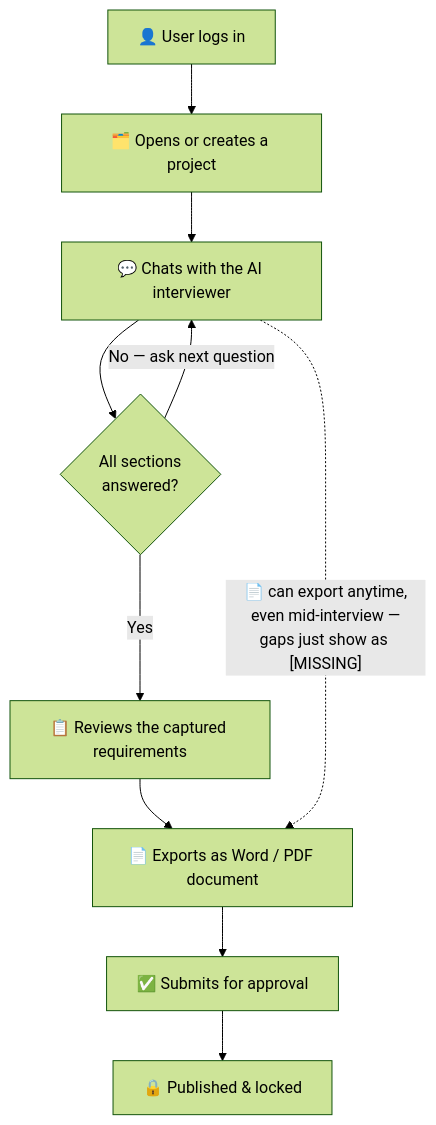
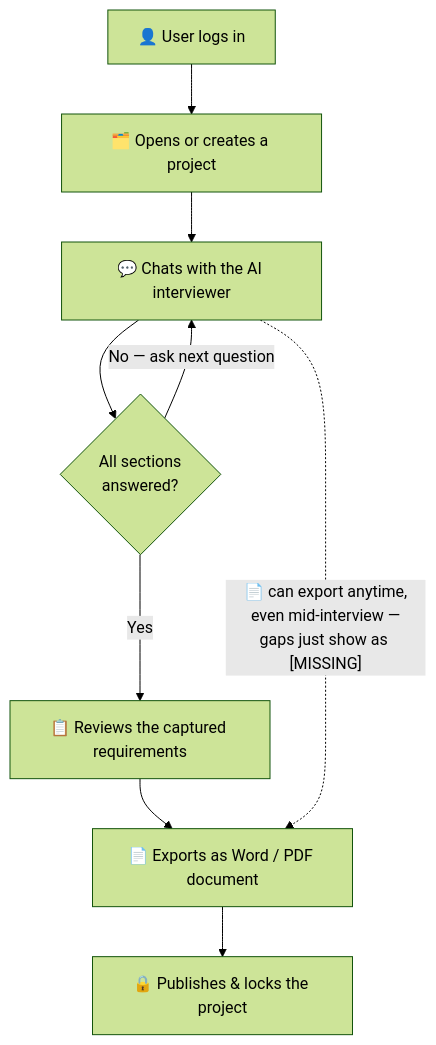
The diagram in README.md (DishaGaglani/BA-Bot), drawn with Mermaid (forest theme) before and after one commit. The commit also changed other lines of this file, not shown here.

Commit message:
Sync README with the simplified role model and removed team/approval workflows

````diff
--- a/README.md
+++ b/README.md
@@ -63,12 +63,11 @@
 ```mermaid
 flowchart TD
     A["👤 User logs in"] --> B["🗂️ Opens or creates a project"]
     B --> C["💬 Chats with the AI interviewer"]
     C --> D{"All sections\nanswered?"}
     D -- "No — ask next question" --> C
     D -- "Yes" --> E["📋 Reviews the captured requirements"]
     E --> F["📄 Exports as Word / PDF document"]
-    F --> G["✅ Submits for approval"]
-    G --> H["🔒 Published & locked"]
+    F --> G["🔒 Publishes & locks the project"]
     C -. "📄 can export anytime,\neven mid-interview —\ngaps just show as [MISSING]" .-> F
 ```
````
